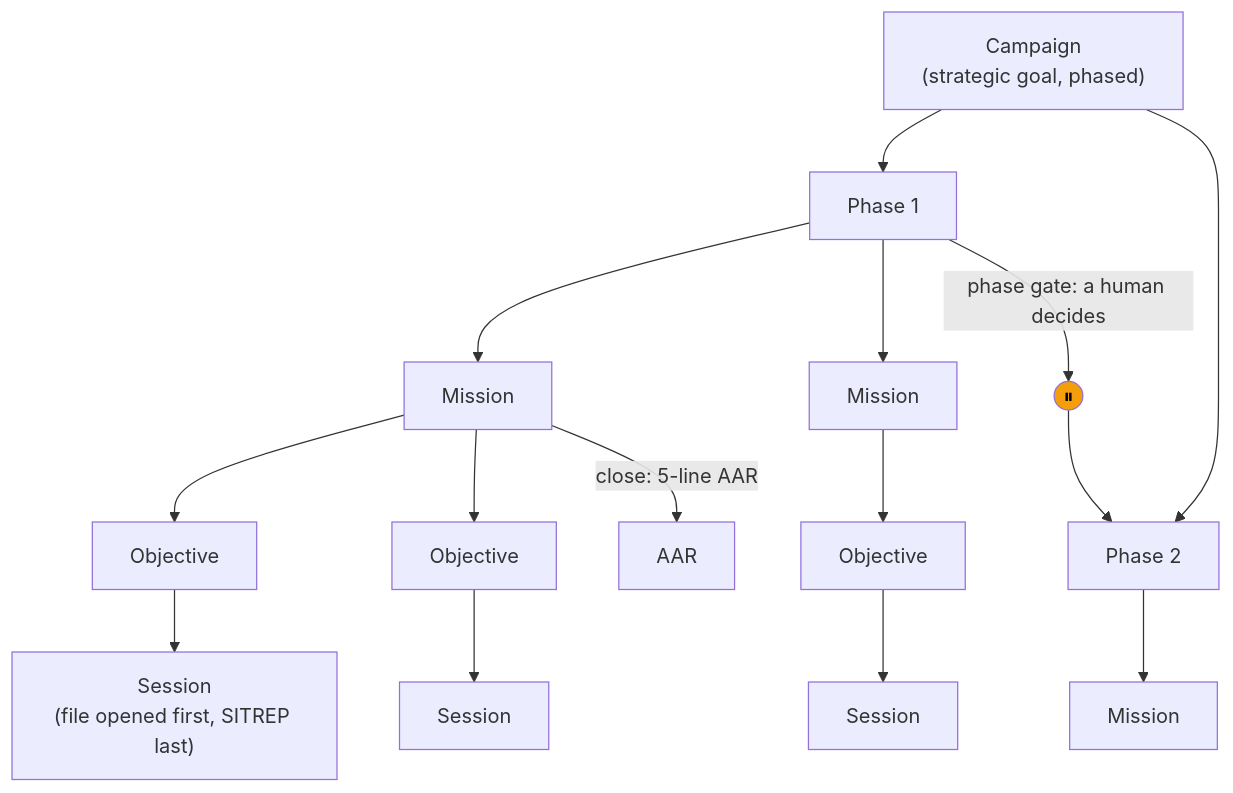
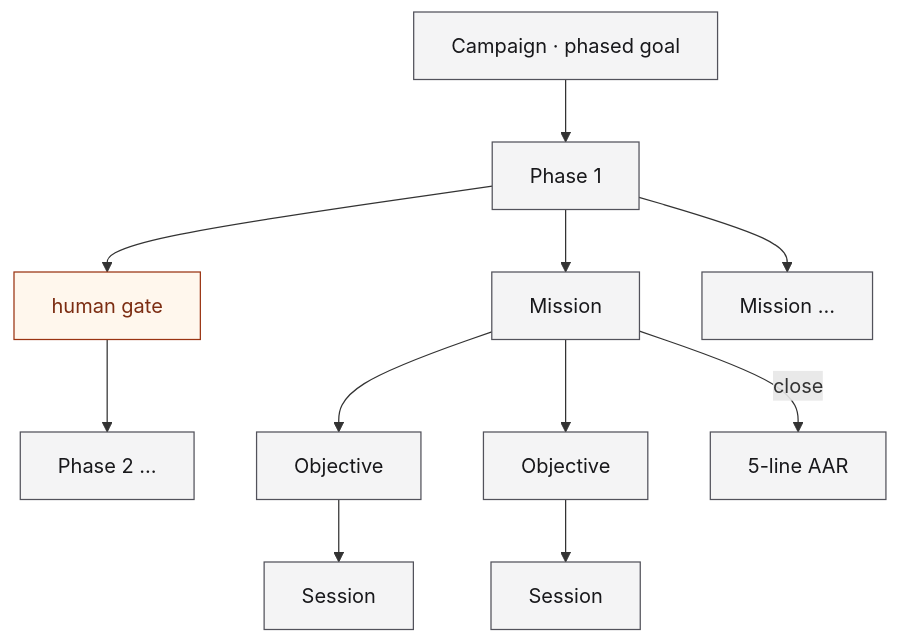
The second of 5 diagrams in what/docs/adna_primer_for_data_engineers.md (aDNA-Network/aDNA.aDNA), drawn with Mermaid before and after one commit. The commit also changed other lines of this file and 2 other files, not shown here.

````diff
--- a/what/docs/adna_primer_for_data_engineers.md
+++ b/what/docs/adna_primer_for_data_engineers.md
@@ -175,17 +159,17 @@
 ```mermaid
 flowchart TB
-  C["Campaign\n(strategic goal, phased)"] --> P1["Phase 1"]
-  C --> P2["Phase 2"]
+  accTitle: Campaign, phase, mission, objective, session
+  accDescr: A campaign has phases; a human gate sits between phases; each phase holds missions; missions decompose into objectives; each objective is worked in a session; a mission closes with a five-line after-action review.
+  classDef box fill:#f4f4f5,stroke:#52525b,color:#18181b
+  classDef gate fill:#fff7ed,stroke:#9a3412,color:#7c2d12
+  C["Campaign · phased goal"] --> P1["Phase 1"]
+  P1 --> G1["human gate"]
+  G1 --> P2["Phase 2 …"]
   P1 --> M1["Mission"]
-  P1 --> M2["Mission"]
-  P2 --> M3["Mission"]
-  M1 --> O1["Objective"]
-  M1 --> O2["Objective"]
-  O1 --> S1["Session\n(file opened first, SITREP last)"]
-  O2 --> S2["Session"]
-  M2 --> O3["Objective"] --> S3["Session"]
-  P1 -->|"phase gate: a human decides"| G1(("⏸"))
-  G1 --> P2
-  M1 -->|"close: 5-line AAR"| AAR1["AAR"]
-  style G1 fill:#f59e0b,color:#000
+  P1 --> M2["Mission …"]
+  M1 --> O1["Objective"] --> S1["Session"]
+  M1 --> O2["Objective"] --> S2["Session"]
+  M1 -->|"close"| AAR1["5-line AAR"]
+  class C,P1,P2,M1,M2,O1,O2,S1,S2,AAR1 box
+  class G1 gate
 ```
````
